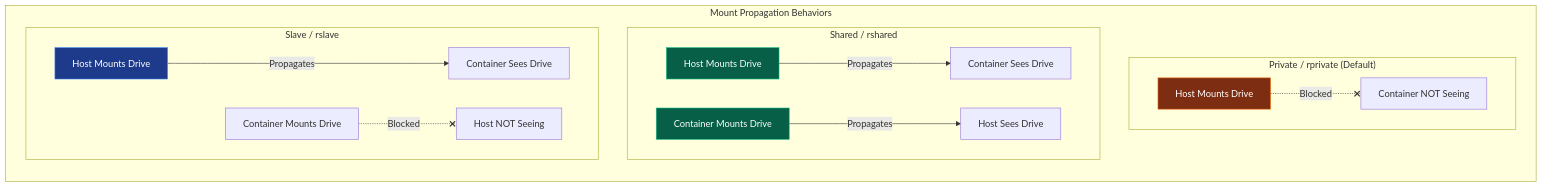
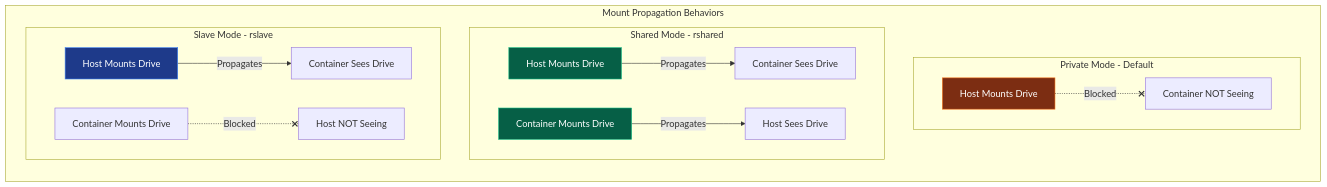
Diagram 15 of 35 in content/docker.md (awoladhossain/awolad-docs), drawn with Mermaid before and after one commit. The commit also changed other lines of this file and 1 other file, not shown here.

Commit message:
fix: resolve all remaining Mermaid syntax parsing errors in docker.md and networking.md

````diff
--- a/content/docker.md
+++ b/content/docker.md
@@ -944,24 +944,24 @@
 ```mermaid
 flowchart TD
     subgraph MountPropagation ["Mount Propagation Behaviors"]
         direction TB
-        subgraph PrivateMode ["Private / rprivate (Default)"]
-            HostP["Host Mounts Drive"] -.-x|Blocked| ContP["Container NOT Seeing"]
+        subgraph PrivateMode ["Private Mode - Default"]
+            HostP["Host Mounts Drive"] -.-x|"Blocked"| ContP["Container NOT Seeing"]
         end
 
-        subgraph SharedMode ["Shared / rshared"]
-            HostS["Host Mounts Drive"] --->|Propagates| ContS["Container Sees Drive"]
-            ContS2["Container Mounts Drive"] --->|Propagates| HostS2["Host Sees Drive"]
+        subgraph SharedMode ["Shared Mode - rshared"]
+            HostS["Host Mounts Drive"] -->|"Propagates"| ContS["Container Sees Drive"]
+            ContS2["Container Mounts Drive"] -->|"Propagates"| HostS2["Host Sees Drive"]
         end
 
-        subgraph SlaveMode ["Slave / rslave"]
-            HostSl["Host Mounts Drive"] --->|Propagates| ContSl["Container Sees Drive"]
-            ContSl2["Container Mounts Drive"] -.-x|Blocked| HostSl2["Host NOT Seeing"]
+        subgraph SlaveMode ["Slave Mode - rslave"]
+            HostSl["Host Mounts Drive"] -->|"Propagates"| ContSl["Container Sees Drive"]
+            ContSl2["Container Mounts Drive"] -.-x|"Blocked"| HostSl2["Host NOT Seeing"]
         end
     end
 
     style HostP fill:#7c2d12,stroke:#f97316,color:#fff
     style HostS fill:#065f46,stroke:#10b981,color:#fff
     style ContS2 fill:#065f46,stroke:#10b981,color:#fff
     style HostSl fill:#1e3a8a,stroke:#3b82f6,color:#fff
 ```
````
